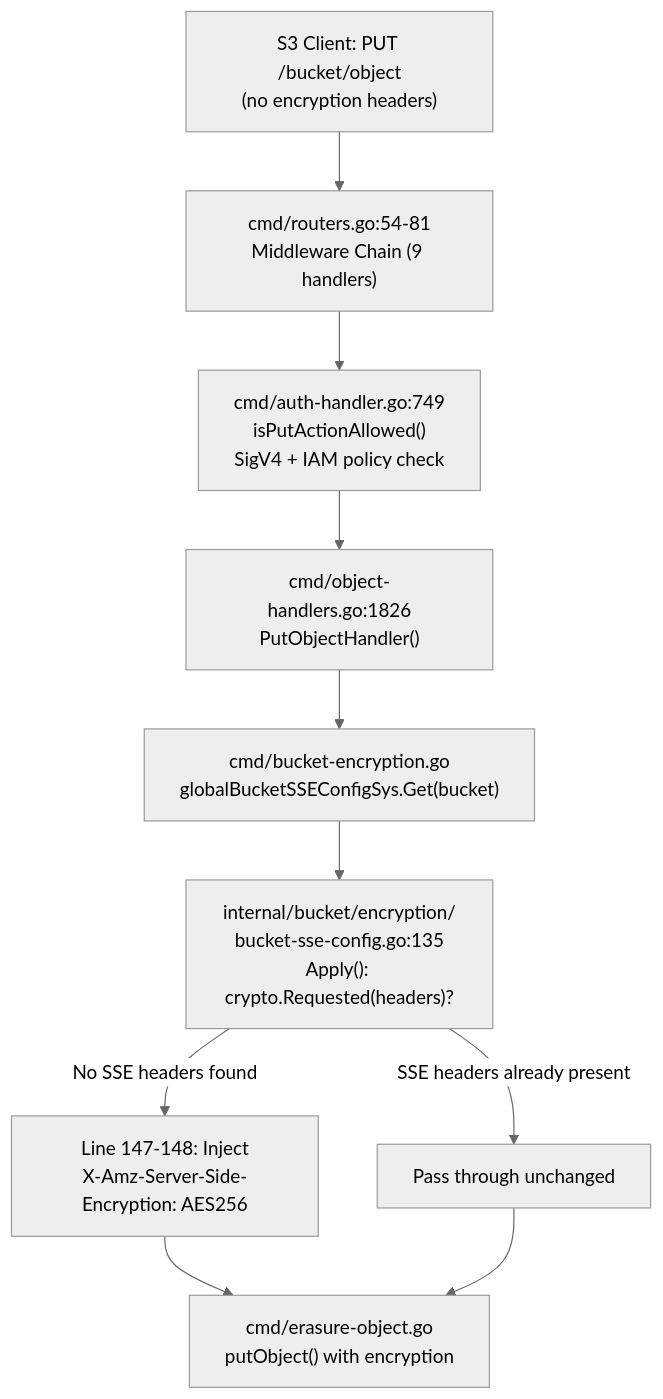
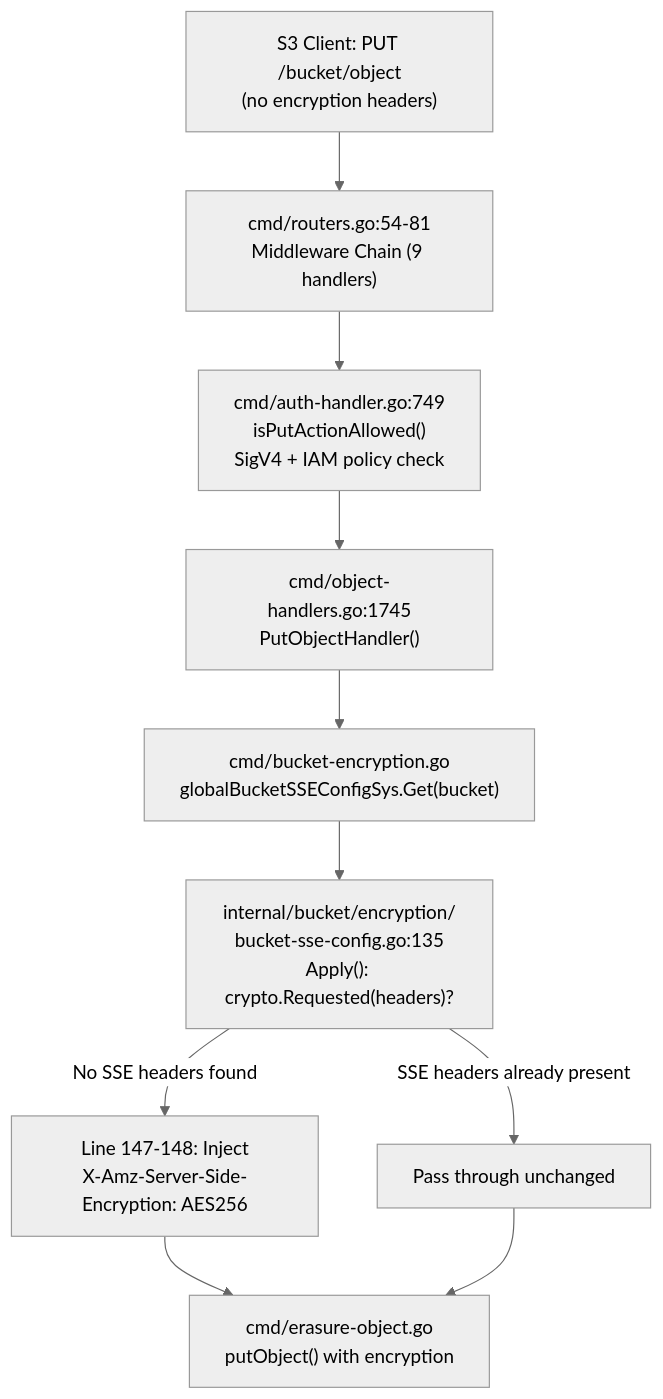
Before and after one commit to blitzy-research/minio: the first of 5 diagrams in blitzy/documentation/minio_c07e5b49d477.md, drawn with Mermaid (neutral theme). The commit also changed other lines of this file, not shown here.

````diff
--- a/blitzy/documentation/minio_c07e5b49d477.md
+++ b/blitzy/documentation/minio_c07e5b49d477.md
@@ -126,12 +126,12 @@
 ```mermaid
 flowchart TD
     A["S3 Client: PUT /bucket/object<br/>(no encryption headers)"] --> B["cmd/routers.go:54-81<br/>Middleware Chain (9 handlers)"]
     B --> C["cmd/auth-handler.go:749<br/>isPutActionAllowed()<br/>SigV4 + IAM policy check"]
-    C --> D["cmd/object-handlers.go:1826<br/>PutObjectHandler()"]
+    C --> D["cmd/object-handlers.go:1745<br/>PutObjectHandler()"]
     D --> E["cmd/bucket-encryption.go<br/>globalBucketSSEConfigSys.Get(bucket)"]
     E --> F["internal/bucket/encryption/<br/>bucket-sse-config.go:135<br/>Apply(): crypto.Requested(headers)?"]
     F -->|"No SSE headers found"| G["Line 147-148: Inject<br/>X-Amz-Server-Side-Encryption: AES256"]
     F -->|"SSE headers already present"| H["Pass through unchanged"]
     G --> I["cmd/erasure-object.go<br/>putObject() with encryption"]
     H --> I
 ```
````
